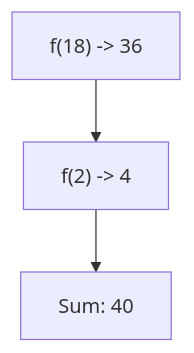
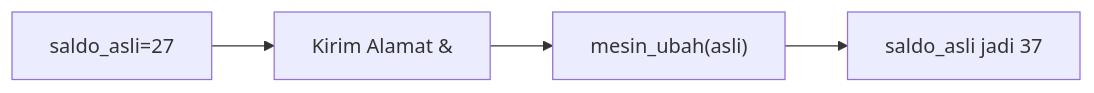
One commit to amnahwaida/OSNK_INF_PREP changed the sixth of 25 diagrams in part-c-pemahaman-cpp/04-fungsi/latihan/set-04.md. Above: the diagram before and after it, drawn with Mermaid. The commit also changed other lines of this file and 71 other files, not shown here.

````diff
--- a/part-c-pemahaman-cpp/04-fungsi/latihan/set-04.md
+++ b/part-c-pemahaman-cpp/04-fungsi/latihan/set-04.md
@@ -153,5 +161,6 @@
 ```mermaid
-graph TD
-A["f(18) -> 36"] --> B["f(2) -> 4"]
-B --> C["Sum: 40"]
+graph LR
+A["saldo_asli=27"] --> B["Kirim Alamat &"]
+B --> C["mesin_ubah(asli)"]
+C --> D["saldo_asli jadi 37"]
 ```
````
